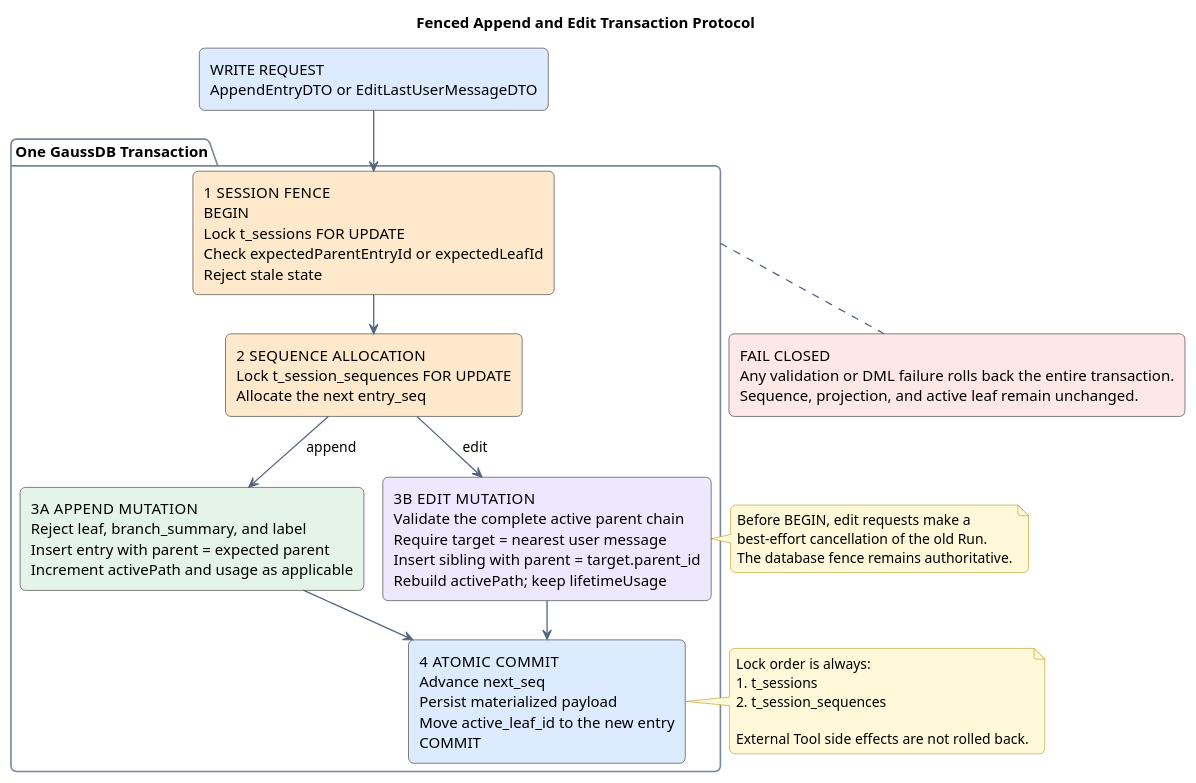
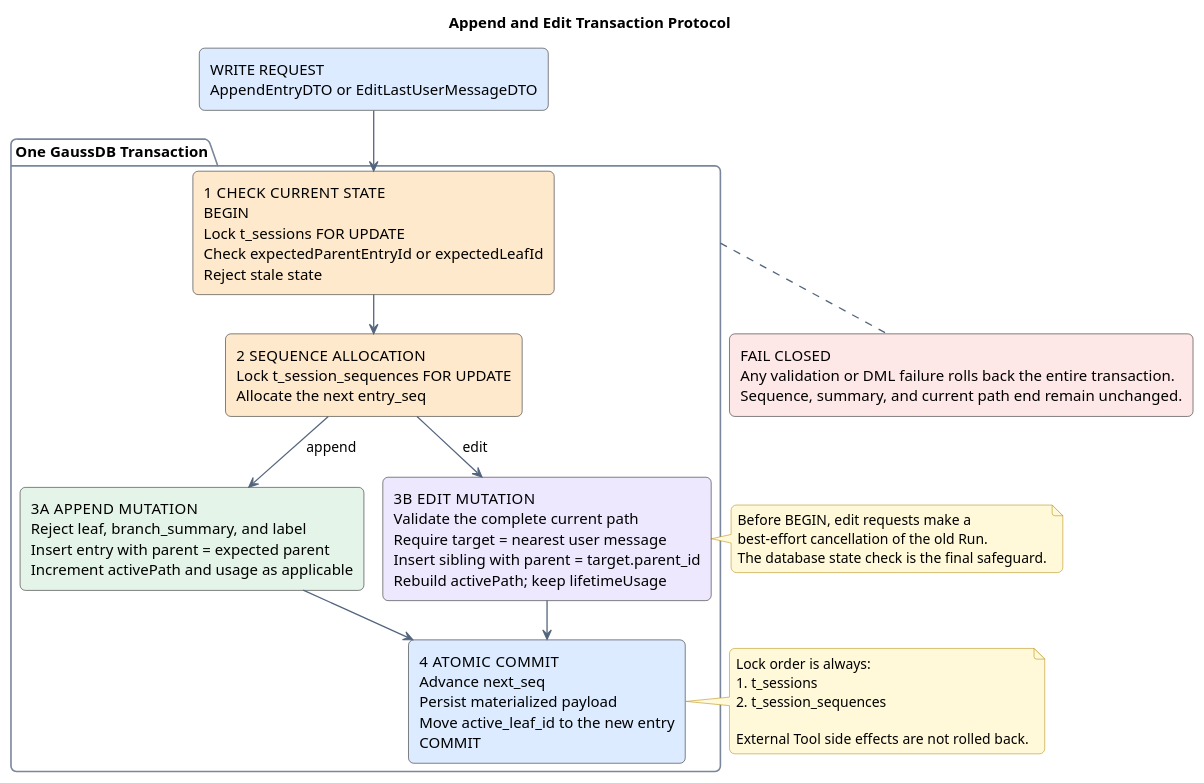
Before and after one commit to ssm0808/pi-mono-java-design: the second of 4 diagrams in diagrams/memory/diagram.puml, drawn with PlantUML. The commit also changed other lines of this file and 8 other files, not shown here.

```diff
--- a/diagrams/memory/diagram.puml
+++ b/diagrams/memory/diagram.puml
@@ -95,69 +95,69 @@
 @startuml memory-write-transaction
 !pragma layout smetana
-title Fenced Append and Edit Transaction Protocol
+title Append and Edit Transaction Protocol
 top to bottom direction
 
 skinparam backgroundColor #FFFFFF
 skinparam shadowing false
 skinparam roundcorner 10
 skinparam defaultTextAlignment left
 skinparam ArrowColor #53657D
 skinparam ArrowThickness 1.2
 skinparam PackageBorderColor #7A8699
 skinparam NoteBorderColor #B58B00
 skinparam NoteBackgroundColor #FFF8D9
 
 ' Source evidence:
 ' - badlogic/pi-mono@f0deb8dd8e9611e89b5bc4145ca92c03ae6ed4ee
 ' - packages/storage/sqlite-node/src/sqlite/storage/index.ts: appendEntry
 ' - packages/storage/sqlite-node/src/sqlite/storage/session-sequences.ts
 ' - packages/storage/sqlite-node/src/sqlite/storage/session-materialized.ts
 ' Observed behavior: pi serializes writes in one process and updates seven
 ' categories of Session state in one SQLite transaction.
 ' Target-only edit rule: a new user entry shares the old user entry parent and
 ' becomes the new active leaf while the old subtree stays immutable.
 ' Architecture change: branch caches and label projection writes are removed.
 ' Concurrency hardening: lock session before sequence and require expected leaf.
-' Design reason: show the common fence once and compare only divergent mutations.
+' Design reason: show the common state check once and compare divergent mutations.
 
 rectangle "WRITE REQUEST\nAppendEntryDTO or EditLastUserMessageDTO" as request #DCEBFF
 
 package "One GaussDB Transaction" as transaction {
-  rectangle "1  SESSION FENCE\nBEGIN\nLock t_sessions FOR UPDATE\nCheck expectedParentEntryId or expectedLeafId\nReject stale state" as fence #FFE9CC
+  rectangle "1  CHECK CURRENT STATE\nBEGIN\nLock t_sessions FOR UPDATE\nCheck expectedParentEntryId or expectedLeafId\nReject stale state" as stateCheck #FFE9CC
 
   rectangle "2  SEQUENCE ALLOCATION\nLock t_session_sequences FOR UPDATE\nAllocate the next entry_seq" as sequence #FFE9CC
 
   rectangle "3A  APPEND MUTATION\nReject leaf, branch_summary, and label\nInsert entry with parent = expected parent\nIncrement activePath and usage as applicable" as append #E4F4E8
 
-  rectangle "3B  EDIT MUTATION\nValidate the complete active parent chain\nRequire target = nearest user message\nInsert sibling with parent = target.parent_id\nRebuild activePath; keep lifetimeUsage" as edit #EEE8FF
+  rectangle "3B  EDIT MUTATION\nValidate the complete current path\nRequire target = nearest user message\nInsert sibling with parent = target.parent_id\nRebuild activePath; keep lifetimeUsage" as edit #EEE8FF
 
   rectangle "4  ATOMIC COMMIT\nAdvance next_seq\nPersist materialized payload\nMove active_leaf_id to the new entry\nCOMMIT" as commit #DCEBFF
 
-  fence --> sequence
+  stateCheck --> sequence
   sequence --> append : append
   sequence --> edit : edit
   append --> commit
   edit --> commit
   append -[hidden]right- edit
 }
 
-rectangle "FAIL CLOSED\nAny validation or DML failure rolls back the entire transaction.\nSequence, projection, and active leaf remain unchanged." as rollback #FDE8E7
+rectangle "FAIL CLOSED\nAny validation or DML failure rolls back the entire transaction.\nSequence, summary, and current path end remain unchanged." as rollback #FDE8E7
 
-request --> fence
+request --> stateCheck
 rollback .up. transaction
 
 note left of edit
 Before BEGIN, edit requests make a
 best-effort cancellation of the old Run.
-The database fence remains authoritative.
+The database state check is the final safeguard.
 end note
 
 note right of commit
 Lock order is always:
 1. t_sessions
 2. t_session_sequences
 
 External Tool side effects are not rolled back.
 end note
 
 @enduml
```
